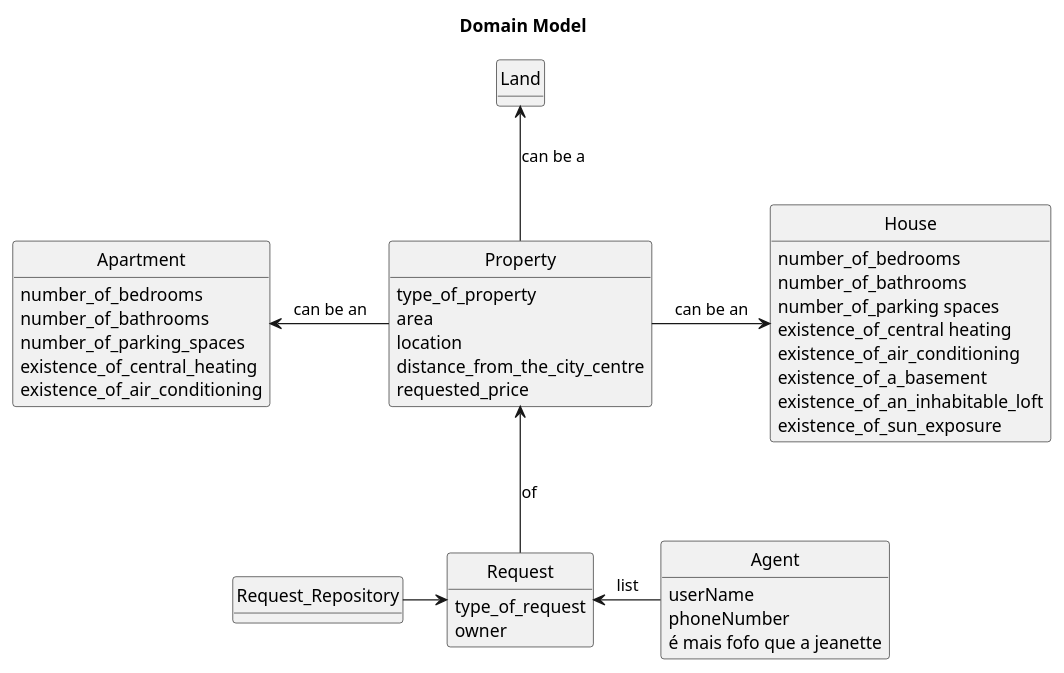
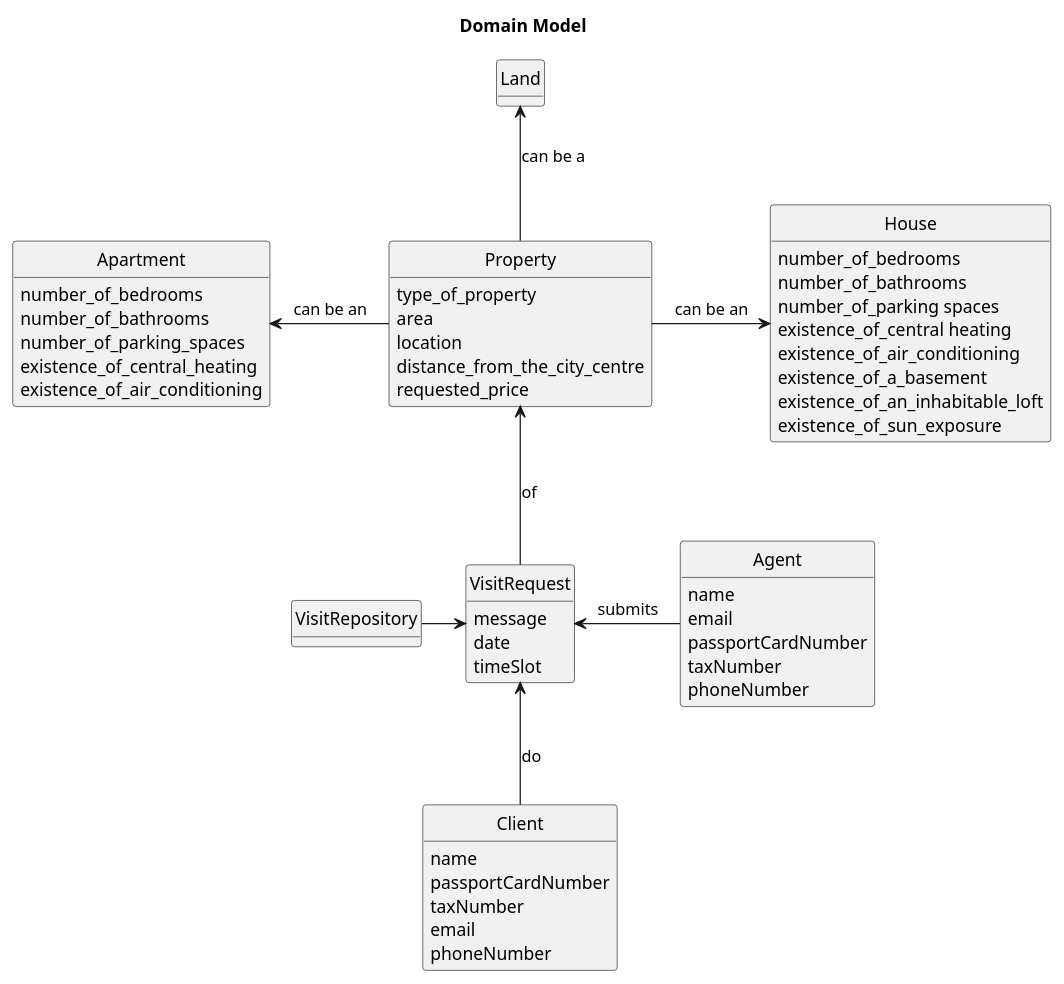
The diagram in docs/Sprint-D/US015/02.analysis/puml/us015-domain-model.puml (Rodrick0209/ISEP-LAPR2-22-23), drawn with PlantUML before and after one commit. The commit also changed 13 other files, not shown here.

```diff
--- a/docs/Sprint-D/US015/02.analysis/puml/us015-domain-model.puml
+++ b/docs/Sprint-D/US015/02.analysis/puml/us015-domain-model.puml
@@ -1,67 +1,78 @@
 @startuml
 skinparam monochrome true
 skinparam packageStyle rectangle
 skinparam shadowing false
 
 'left to right direction
 
 skinparam classAttributeIconSize 0
 
 hide circle
 hide methods
 
 title Domain Model
 
 class Property{
     type_of_property
     area
     location
     distance_from_the_city_centre
     requested_price
 }
 
 
-class Request {
-       type_of_request
-       owner
+class VisitRequest {
+       message
+       date
+       timeSlot
 }
 class Land{
 
 }
 
 class Agent{
-    userName
+    name
+    email
+    passportCardNumber
+    taxNumber
     phoneNumber
-    é mais fofo que a jeanette
+
 }
 
-class Request_Repository{
+class Client{
+    name
+    passportCardNumber
+    taxNumber
+    email
+    phoneNumber
+}
+class VisitRepository{
 }
 
 class Apartment{
     number_of_bedrooms
     number_of_bathrooms
     number_of_parking_spaces
     existence_of_central_heating
     existence_of_air_conditioning
 }
 
 class House{
     number_of_bedrooms
     number_of_bathrooms
     number_of_parking spaces
     existence_of_central heating
     existence_of_air_conditioning
     existence_of_a_basement
     existence_of_an_inhabitable_loft
     existence_of_sun_exposure
 }
 
 Property -u-> Land: can be a
 Property -l-> Apartment : can be an
 Property -r-> House : can be an
-Request-u->Property : of
-Request_Repository->Request
-Agent -l-> Request : list
-
+VisitRequest-u->Property : of
+VisitRepository-> VisitRequest
+Agent -l-> VisitRequest : submits
+Client -u-> VisitRequest :  do
 @enduml
```
